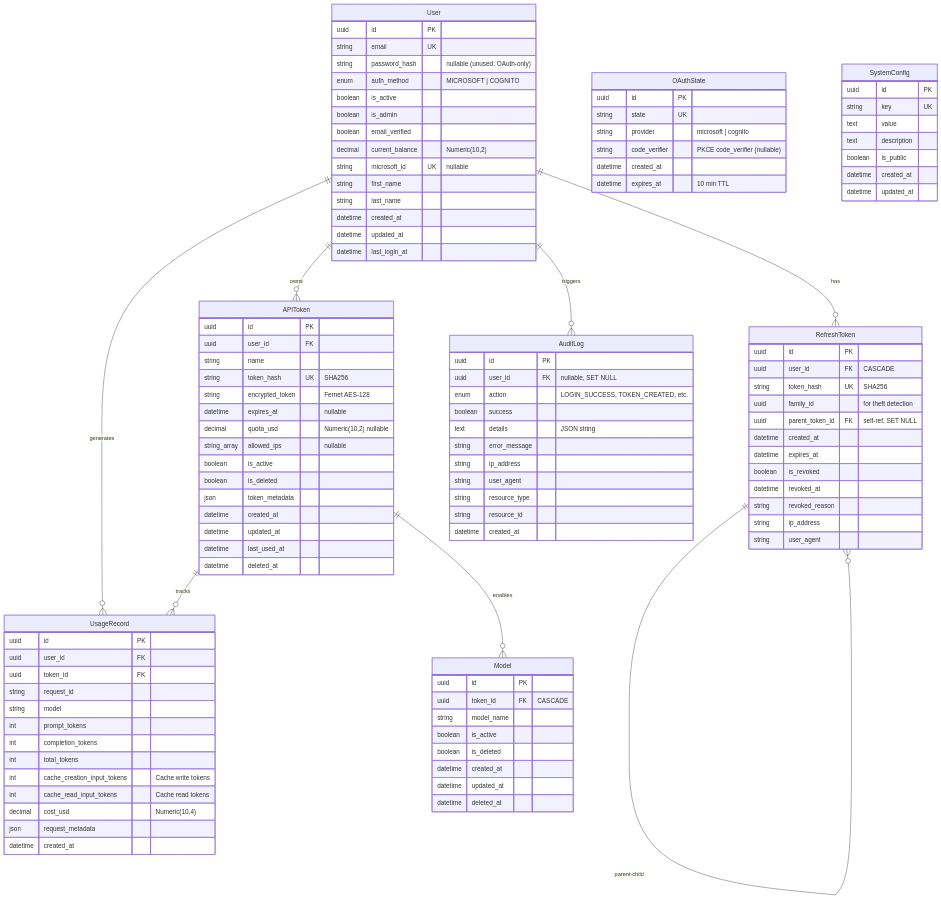
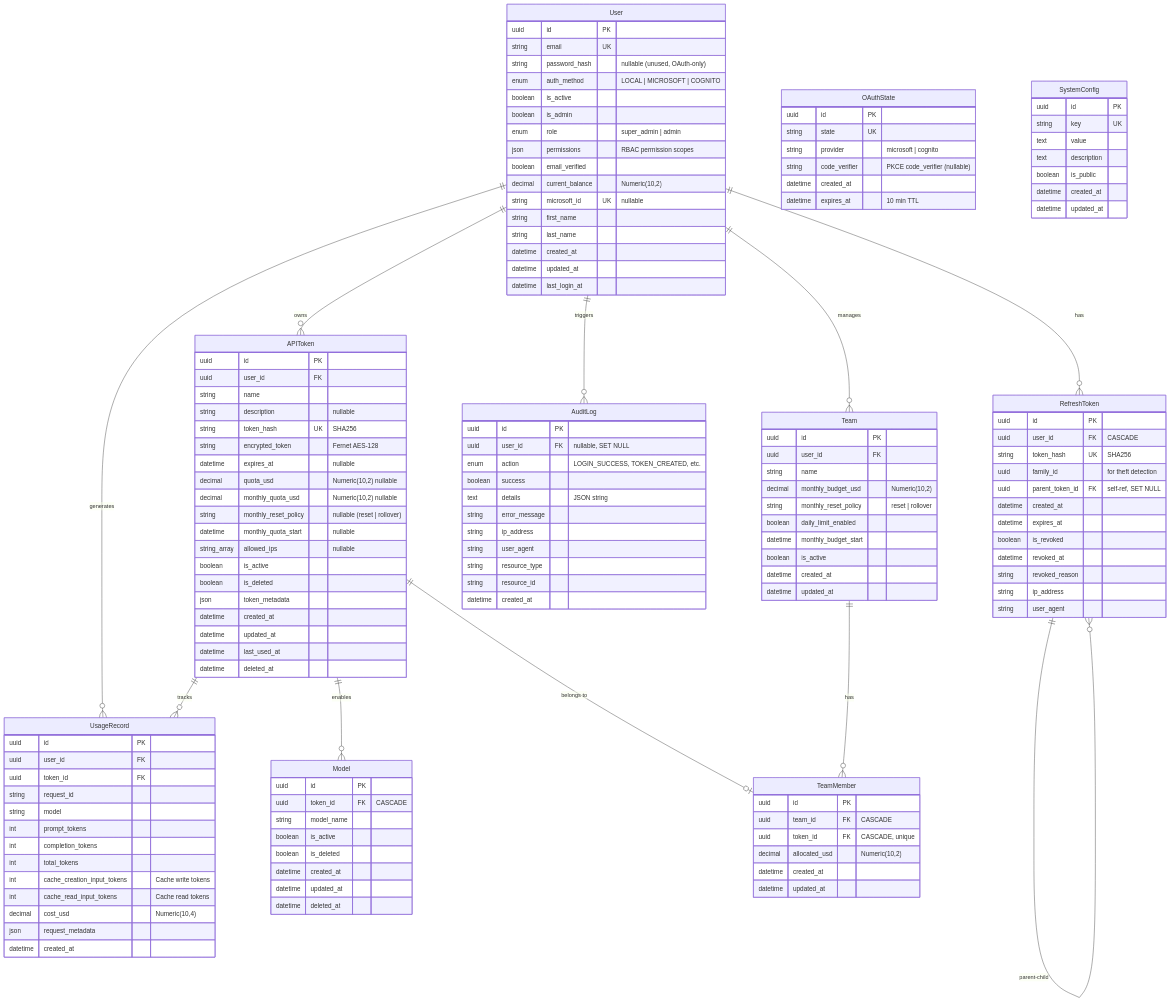
Before and after one commit to aws-samples/sample-kolya-br-proxy: the third of 11 diagrams in docs/architecture.md, drawn with Mermaid. The commit also changed other lines of this file and 13 other files, not shown here.

```diff
--- a/docs/architecture.md
+++ b/docs/architecture.md
@@ -219,17 +221,22 @@
     User ||--o{ UsageRecord : "generates"
     User ||--o{ RefreshToken : "has"
     User ||--o{ AuditLog : "triggers"
+    User ||--o{ Team : "manages"
     APIToken ||--o{ UsageRecord : "tracks"
     APIToken ||--o{ Model : "enables"
+    APIToken ||--o| TeamMember : "belongs to"
+    Team ||--o{ TeamMember : "has"
     RefreshToken ||--o{ RefreshToken : "parent-child"
 
     User {
         uuid id PK
         string email UK
         string password_hash "nullable (unused, OAuth-only)"
-        enum auth_method "MICROSOFT | COGNITO"
+        enum auth_method "LOCAL | MICROSOFT | COGNITO"
         boolean is_active
         boolean is_admin
+        enum role "super_admin | admin"
+        json permissions "RBAC permission scopes"
         boolean email_verified
         decimal current_balance "Numeric(10,2)"
         string microsoft_id UK "nullable"
@@ -244,10 +251,14 @@
         uuid id PK
         uuid user_id FK
         string name
+        string description "nullable"
         string token_hash UK "SHA256"
         string encrypted_token "Fernet AES-128"
         datetime expires_at "nullable"
         decimal quota_usd "Numeric(10,2) nullable"
+        decimal monthly_quota_usd "Numeric(10,2) nullable"
+        string monthly_reset_policy "nullable (reset | rollover)"
+        datetime monthly_quota_start "nullable"
         string_array allowed_ips "nullable"
         boolean is_active
         boolean is_deleted
@@ -256,6 +267,28 @@
         datetime updated_at
         datetime last_used_at
         datetime deleted_at
+    }
+
+    Team {
+        uuid id PK
+        uuid user_id FK
+        string name
+        decimal monthly_budget_usd "Numeric(10,2)"
+        string monthly_reset_policy "reset | rollover"
+        boolean daily_limit_enabled
+        datetime monthly_budget_start
+        boolean is_active
+        datetime created_at
+        datetime updated_at
+    }
+
+    TeamMember {
+        uuid id PK
+        uuid team_id FK "CASCADE"
+        uuid token_id FK "CASCADE, unique"
+        decimal allocated_usd "Numeric(10,2)"
+        datetime created_at
+        datetime updated_at
     }
 
     Model {
```
